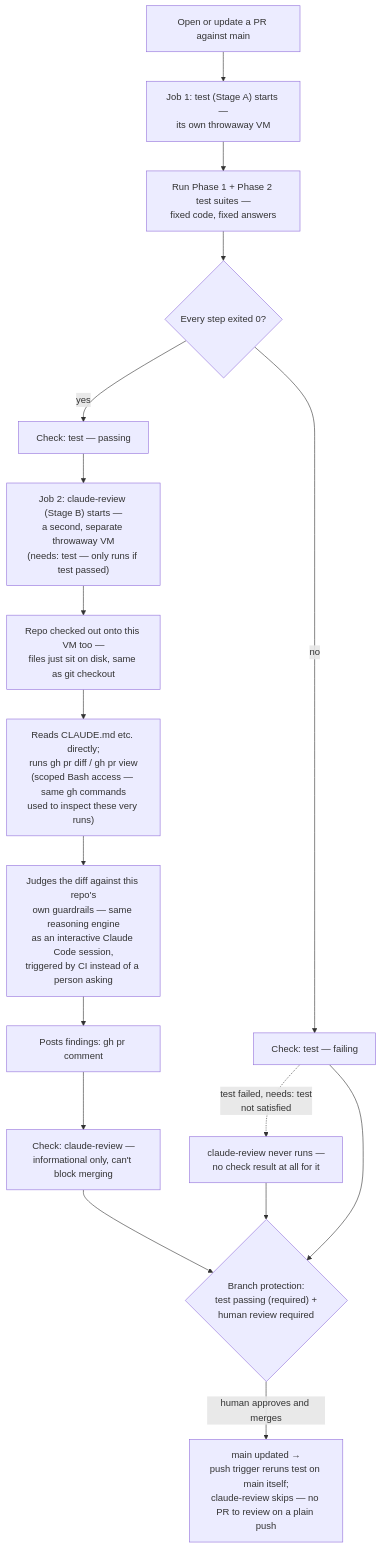
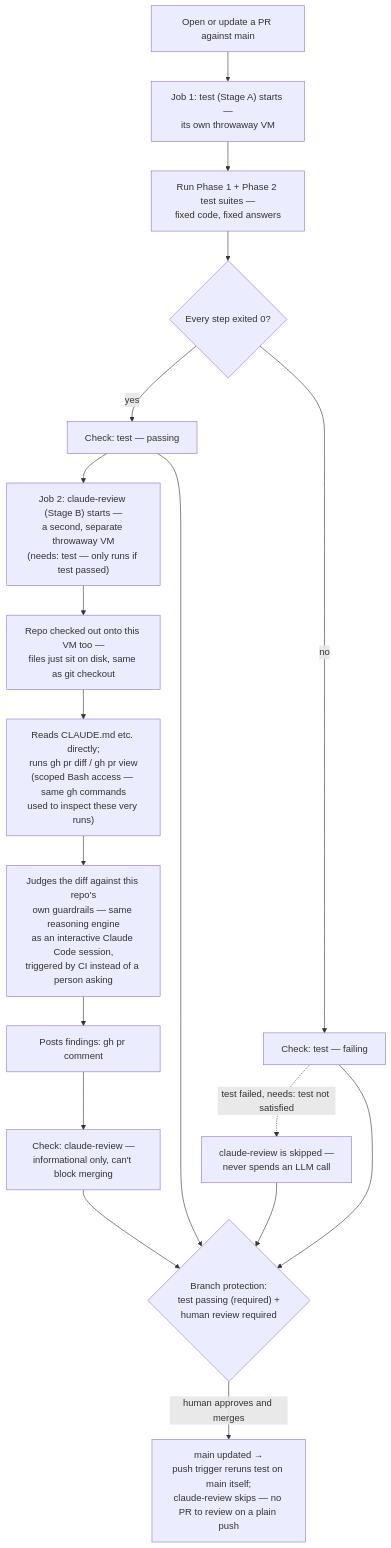
Before and after one commit to fmlin0429712024/clinical-documentation-audit-poc: the third of 3 diagrams in README.md, drawn with Mermaid. The commit also changed 1 other file, not shown here.

Commit message:
Address second round of claude-review feedback on PR #6
- Add a direct C3 -> E edge: a passing test check reaches the
  approval gate on its own, not only by traversing the whole Stage B
  chain -- matches how branch protection actually reads the two
  checks independently.
- Reword the test-failed node: "claude-review is skipped" instead of
  "no check result at all" -- GitHub reports an unsatisfied needs: as
  a skipped conclusion, not an absent one.
- Switch the dotted skip edge to the quoted-pipe label form
  (-.->|"..."|) instead of the inline dot-label form with a colon +
  <br/> inside it -- the reviewer flagged (correctly, and honestly
  labeled as unverifiable without a renderer) that the colon could
  break mermaid's dot-label parsing. Sidesteps the question instead
  of gambling on it.
- PRD Section 8: added the missing explicit note that PR #5 hit the
  same workflow-validation skip as PR #3 (confirmed via its job log),
  closing the citation gap the review pointed at.

````diff
--- a/README.md
+++ b/README.md
@@ -92,21 +92,22 @@
 ```mermaid
 flowchart TD
     A["Open or update a PR against main"] --> B["Job 1: test (Stage A) starts —<br/>its own throwaway VM"]
     B --> C1["Run Phase 1 + Phase 2 test suites —<br/>fixed code, fixed answers"]
     C1 --> C2{"Every step exited 0?"}
     C2 -->|yes| C3["Check: test — passing"]
     C2 -->|no| C4["Check: test — failing"]
 
     C3 --> D["Job 2: claude-review (Stage B) starts —<br/>a second, separate throwaway VM<br/>(needs: test — only runs if test passed)"]
-    C4 -.test failed, needs: test<br/>not satisfied.-> D0["claude-review never runs —<br/>no check result at all for it"]
+    C4 -.->|"test failed, needs: test not satisfied"| D0["claude-review is skipped —<br/>never spends an LLM call"]
     D --> D1["Repo checked out onto this VM too —<br/>files just sit on disk, same as git checkout"]
     D1 --> D2["Reads CLAUDE.md etc. directly;<br/>runs gh pr diff / gh pr view<br/>(scoped Bash access — same gh commands<br/>used to inspect these very runs)"]
     D2 --> D3["Judges the diff against this repo's<br/>own guardrails — same reasoning engine<br/>as an interactive Claude Code session,<br/>triggered by CI instead of a person asking"]
     D3 --> D4["Posts findings: gh pr comment"]
     D4 --> D5["Check: claude-review —<br/>informational only, can't block merging"]
 
-    C4 --> E{"Branch protection:<br/>test passing (required) +<br/>human review required"}
+    C3 --> E{"Branch protection:<br/>test passing (required) +<br/>human review required"}
+    C4 --> E
     D5 --> E
     D0 --> E
     E -->|human approves and merges| F["main updated →<br/>push trigger reruns test on main itself;<br/>claude-review skips — no PR to review on a plain push"]
 ```
````
